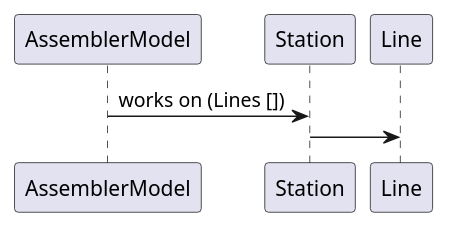
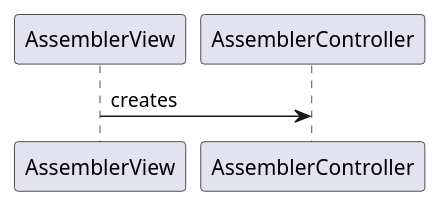
Before and after one commit to gerrystuff/java.toyoto.desktop: the diagram in diagrams/Sequence.puml, drawn with PlantUML. The commit also changed 21 other files, not shown here.

```diff
--- a/diagrams/Sequence.puml
+++ b/diagrams/Sequence.puml
@@ -1,18 +1,16 @@
 @startuml
 
 'AssemblerModel -> Line : start ()
 'Line --> AssemblerModel : station_spot
 '
 'AssemblerModel -> Station : to work (Line)
 'Station -> Line : works on
 
-AssemblerModel -> Station : works on (Lines [])
-Station -> Line :
 
-
+AssemblerView -> AssemblerController : creates
 'Alice -> Bob: Authentication Request
 'Bob --> Alice: Authentication Response
 '
 'Alice -> Bob: Another authentication Request
 'Alice <-- Bob: another authentication Response
 @enduml
```
